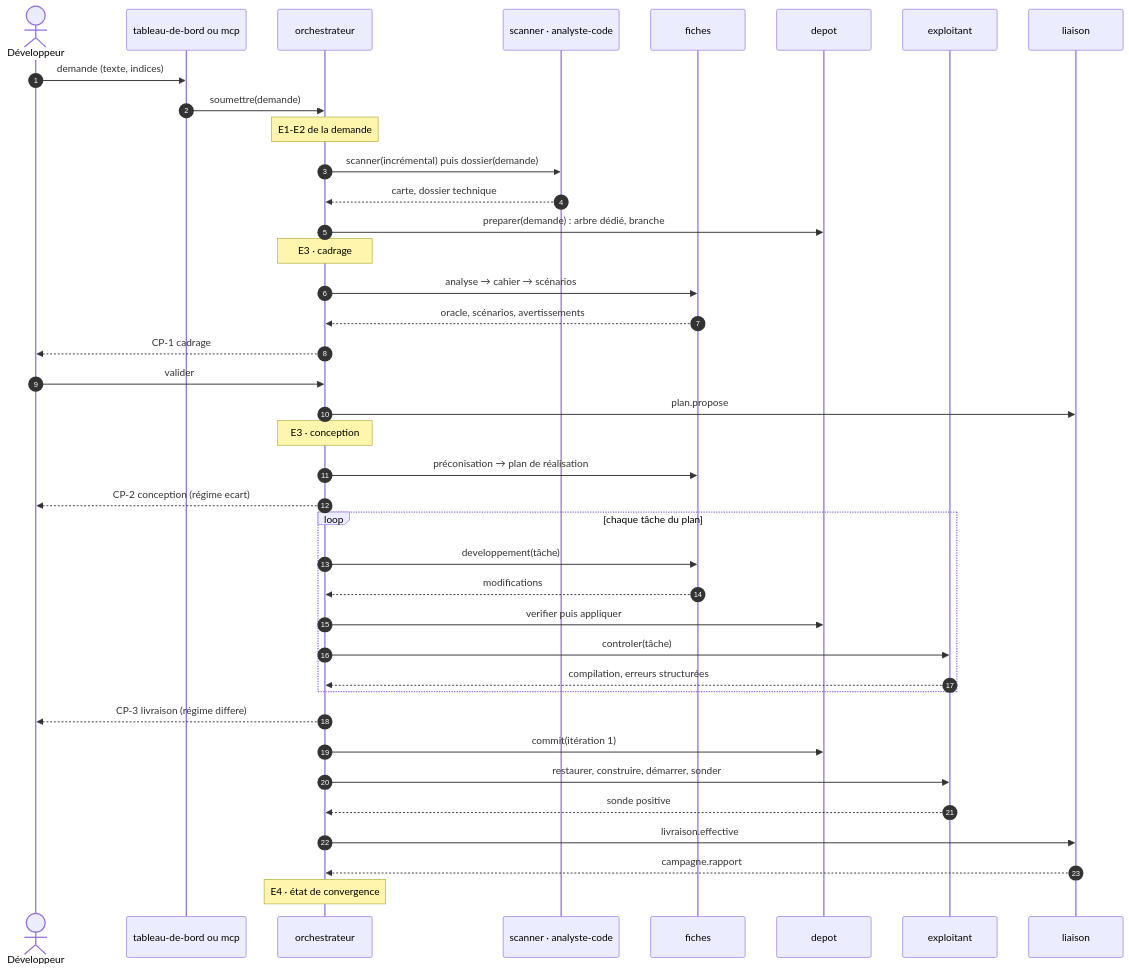
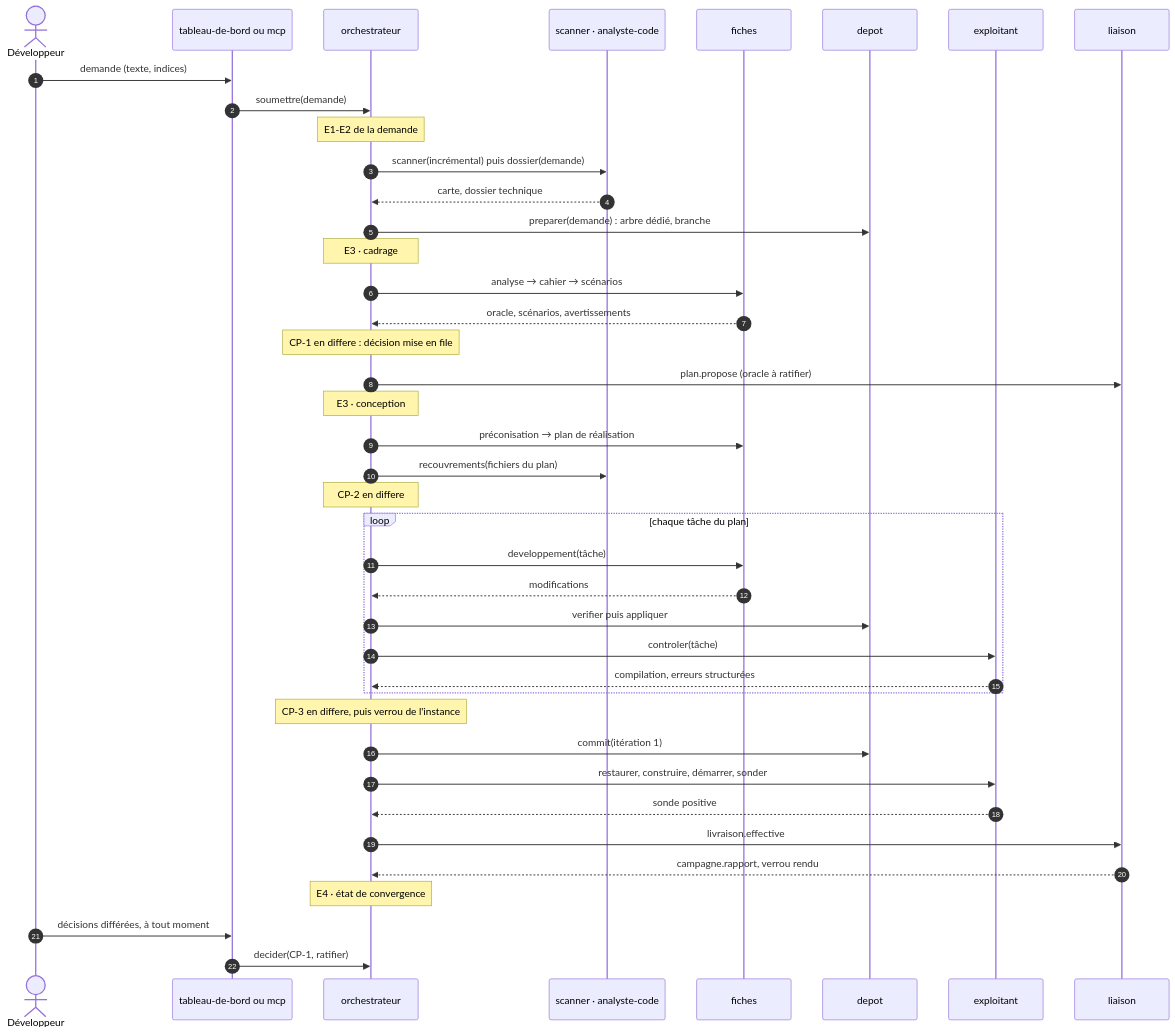
The fourth of 7 diagrams in 01-architecture.md (FredGarcia/Agent2Dev), drawn with Mermaid before and after one commit. The commit also changed other lines of this file and 4 other files, not shown here.

````diff
--- a/01-architecture.md
+++ b/01-architecture.md
@@ -453,41 +454,43 @@
 ```mermaid
 sequenceDiagram
   autonumber
   actor H as Développeur
   participant I as tableau-de-bord ou mcp
   participant O as orchestrateur
   participant S as scanner · analyste-code
   participant G as fiches
   participant P as depot
   participant X as exploitant
   participant L as liaison
   H->>I: demande (texte, indices)
   I->>O: soumettre(demande)
   Note over O: E1-E2 de la demande
   O->>S: scanner(incrémental) puis dossier(demande)
   S-->>O: carte, dossier technique
   O->>P: preparer(demande) : arbre dédié, branche
   Note over O: E3 · cadrage
   O->>G: analyse → cahier → scénarios
   G-->>O: oracle, scénarios, avertissements
-  O-->>H: CP-1 cadrage
-  H->>O: valider
-  O->>L: plan.propose
+  Note over O: CP-1 en differe : décision mise en file
+  O->>L: plan.propose (oracle à ratifier)
   Note over O: E3 · conception
   O->>G: préconisation → plan de réalisation
-  O-->>H: CP-2 conception (régime ecart)
+  O->>S: recouvrements(fichiers du plan)
+  Note over O: CP-2 en differe
   loop chaque tâche du plan
     O->>G: developpement(tâche)
     G-->>O: modifications
     O->>P: verifier puis appliquer
     O->>X: controler(tâche)
     X-->>O: compilation, erreurs structurées
   end
-  O-->>H: CP-3 livraison (régime differe)
+  Note over O: CP-3 en differe, puis verrou de l'instance
   O->>P: commit(itération 1)
   O->>X: restaurer, construire, démarrer, sonder
   X-->>O: sonde positive
   O->>L: livraison.effective
-  L-->>O: campagne.rapport
+  L-->>O: campagne.rapport, verrou rendu
   Note over O: E4 · état de convergence
+  H->>I: décisions différées, à tout moment
+  I->>O: decider(CP-1, ratifier)
 ```
````
